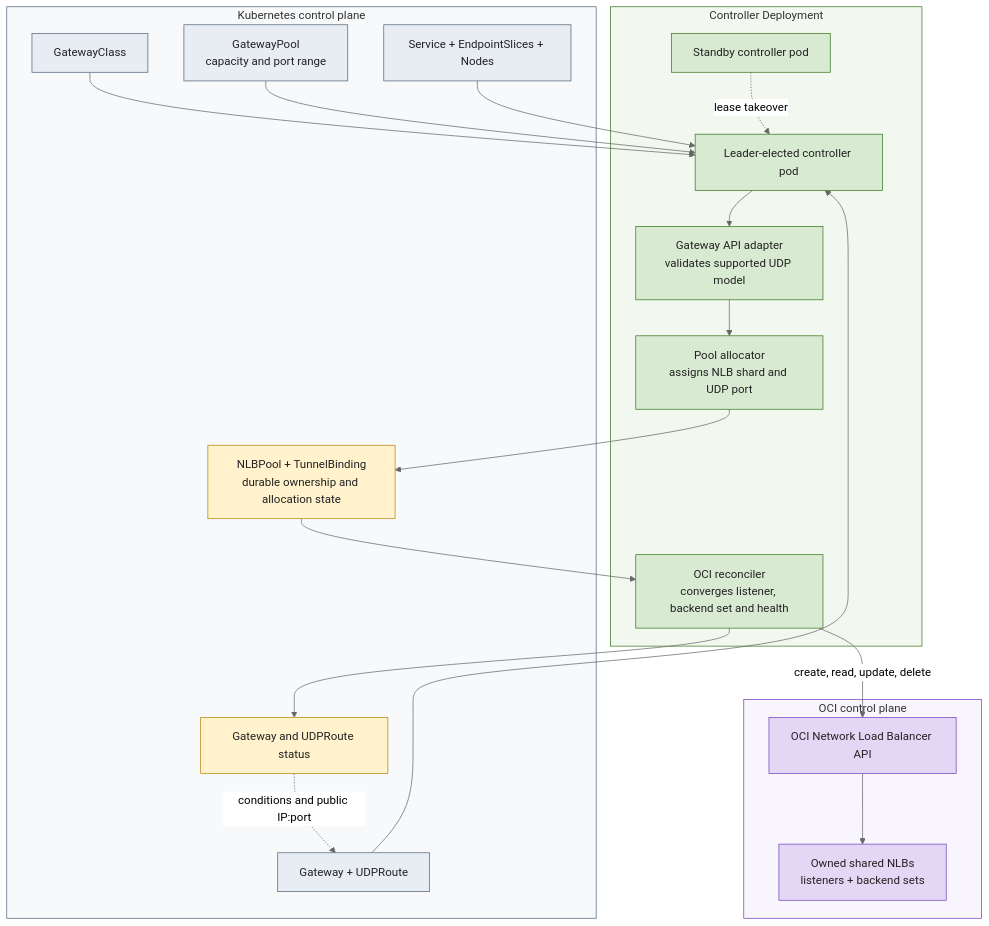
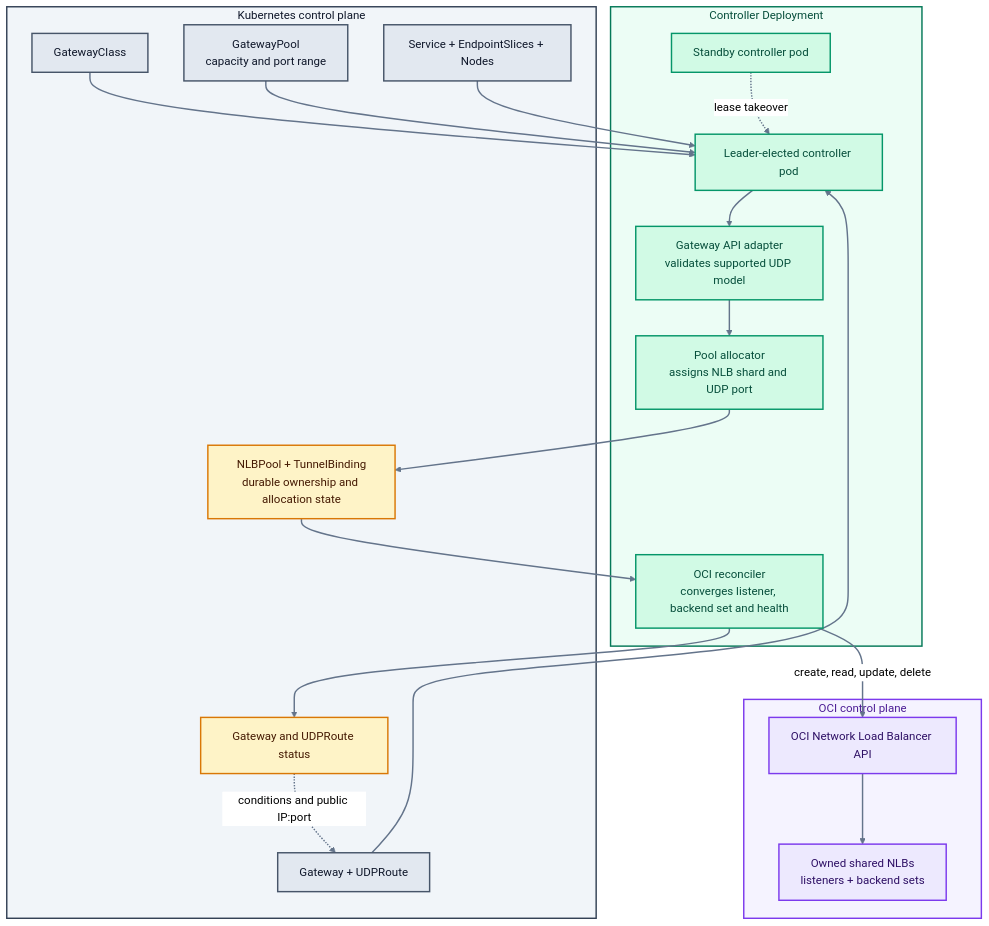
The second of 2 diagrams in README.md (RyanHelferich/oci-shared-nlb-gateway-controller), drawn with Mermaid (neutral theme) before and after one commit. The commit also changed other lines of this file, not shown here.

Commit message:
Improve architecture diagram contrast

````diff
--- a/README.md
+++ b/README.md
@@ -70,42 +71,43 @@
 ```mermaid
 flowchart TB
   subgraph kube[Kubernetes control plane]
     gclass[GatewayClass]:::k8s
     pool[GatewayPool<br/>capacity and port range]:::k8s
     route[Gateway + UDPRoute]:::k8s
     service[Service + EndpointSlices + Nodes]:::k8s
     internal[NLBPool + TunnelBinding<br/>durable ownership and allocation state]:::state
     status[Gateway and UDPRoute status]:::state
   end
 
   subgraph deployment[Controller Deployment]
     leader[Leader-elected controller pod]:::controller
     standby[Standby controller pod]:::controller
     adapter[Gateway API adapter<br/>validates supported UDP model]:::controller
     allocator[Pool allocator<br/>assigns NLB shard and UDP port]:::controller
     reconciler[OCI reconciler<br/>converges listener, backend set and health]:::controller
   end
 
   subgraph oracle[OCI control plane]
     api[OCI Network Load Balancer API]:::oci
     cloud[Owned shared NLBs<br/>listeners + backend sets]:::oci
   end
 
   gclass --> leader
   pool --> leader
   route --> leader
   service --> leader
   standby -. lease takeover .-> leader
   leader --> adapter --> allocator --> internal --> reconciler
   reconciler -->|create, read, update, delete| api --> cloud
   reconciler --> status
   status -. conditions and public IP:port .-> route
 
-  classDef k8s fill:#e8edf3,stroke:#526579,color:#222;
-  classDef state fill:#fff2cc,stroke:#b8860b,color:#222;
-  classDef controller fill:#d9ead3,stroke:#38761d,color:#222;
-  classDef oci fill:#e4d7f5,stroke:#6f42c1,color:#222;
-  style kube fill:#f7f9fb,stroke:#526579
-  style deployment fill:#f2f8ef,stroke:#38761d
-  style oracle fill:#f8f5fc,stroke:#6f42c1
+  classDef k8s fill:#e2e8f0,stroke:#475569,color:#0f172a,stroke-width:2px;
+  classDef state fill:#fef3c7,stroke:#d97706,color:#451a03,stroke-width:2px;
+  classDef controller fill:#d1fae5,stroke:#059669,color:#064e3b,stroke-width:2px;
+  classDef oci fill:#ede9fe,stroke:#7c3aed,color:#2e1065,stroke-width:2px;
+  style kube fill:#f1f5f9,stroke:#334155,stroke-width:2px,color:#0f172a
+  style deployment fill:#ecfdf5,stroke:#047857,stroke-width:2px,color:#064e3b
+  style oracle fill:#f5f3ff,stroke:#7c3aed,stroke-width:2px,color:#4c1d95
+  linkStyle default stroke:#64748b,stroke-width:2px;
 ```
````
